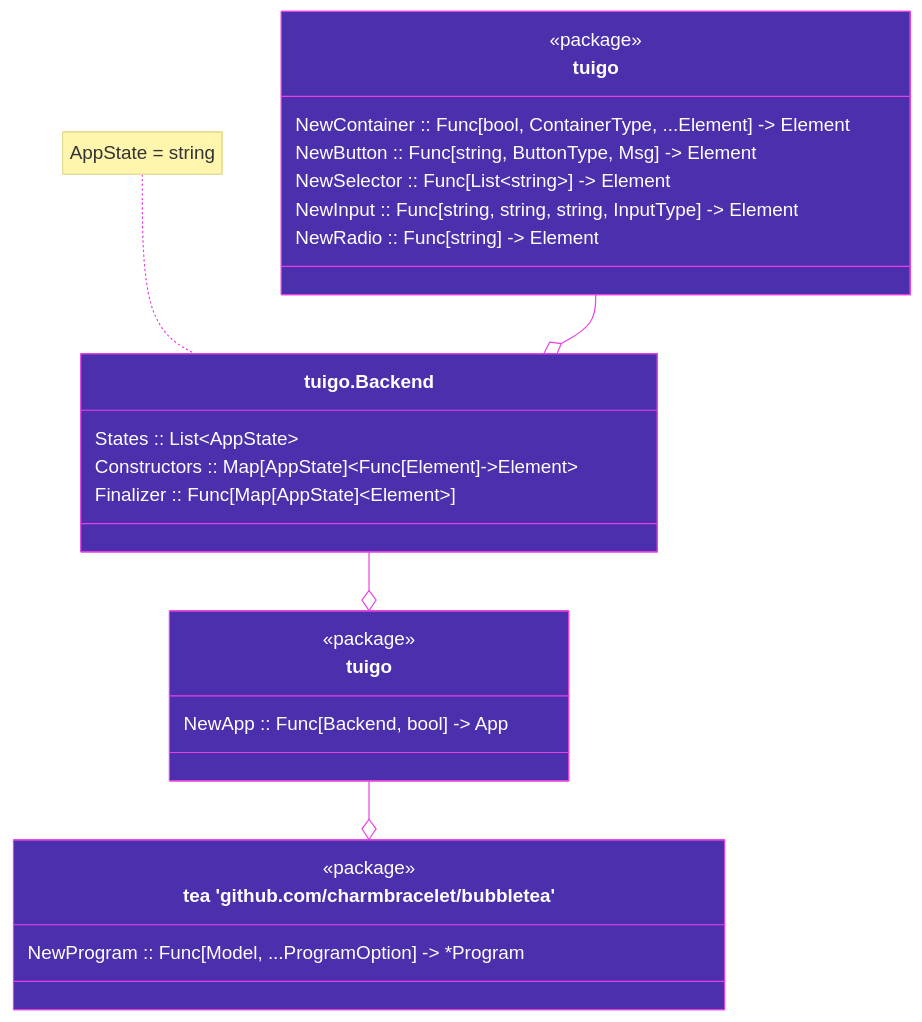
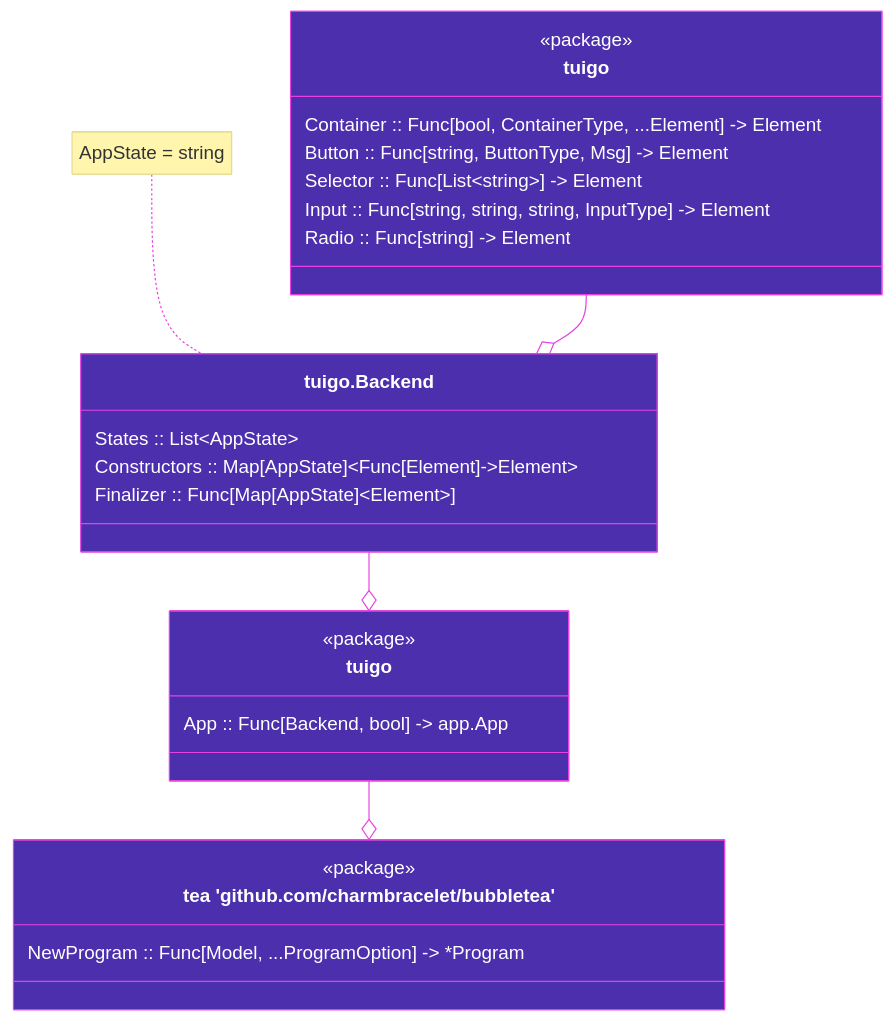
The diagram in README.md (haykh/tuigo), drawn with Mermaid before and after one commit. The commit also changed other lines of this file and 13 other files, not shown here.

````diff
--- a/README.md
+++ b/README.md
@@ -13,45 +13,45 @@
 ```mermaid
 %%{
   init: {
     'theme': 'base',
     'themeVariables': {
         'fontFamily': 'JetBrainsMono Nerd Font, BlexMono Nerd Font, Roboto Mono, Source Code Pro, monospace',
         'primaryColor': '#4C2FAD',
         'primaryTextColor': '#FFFFFF',
         'lineColor': '#E840E0',
         'primaryBorderColor': '#E840E0'
       }
     }
 }%%
 
 classDiagram
   class tuigo {
     <<package>>
-    NewContainer :: Func[bool, ContainerType, ...Element] -> Element
-    NewButton :: Func[string, ButtonType, Msg] -> Element
-    NewSelector :: Func[List~string~] -> Element
-    NewInput :: Func[string, string, string, InputType] -> Element
-    NewRadio :: Func[string] -> Element
+    Container :: Func[bool, ContainerType, ...Element] -> Element
+    Button :: Func[string, ButtonType, Msg] -> Element
+    Selector :: Func[List~string~] -> Element
+    Input :: Func[string, string, string, InputType] -> Element
+    Radio :: Func[string] -> Element
   }
 
   class Backend["tuigo.Backend"]{
     States :: List~AppState~
     Constructors :: Map[AppState]~Func[Element]->Element~
     Finalizer :: Func[Map[AppState]~Element~]
   }
 
   class NewApp["tuigo"] {
     <<package>>
-    NewApp :: Func[Backend, bool] -> App
+    App :: Func[Backend, bool] -> app.App
   }
   note for Backend "AppState = string"
 
   class tea["tea 'github.com/charmbracelet/bubbletea'"] {
     <<package>>
     NewProgram :: Func[Model, ...ProgramOption] -> *Program
   }
 
   tuigo --o Backend
   NewApp --o tea
   Backend --o NewApp
 ```
````
